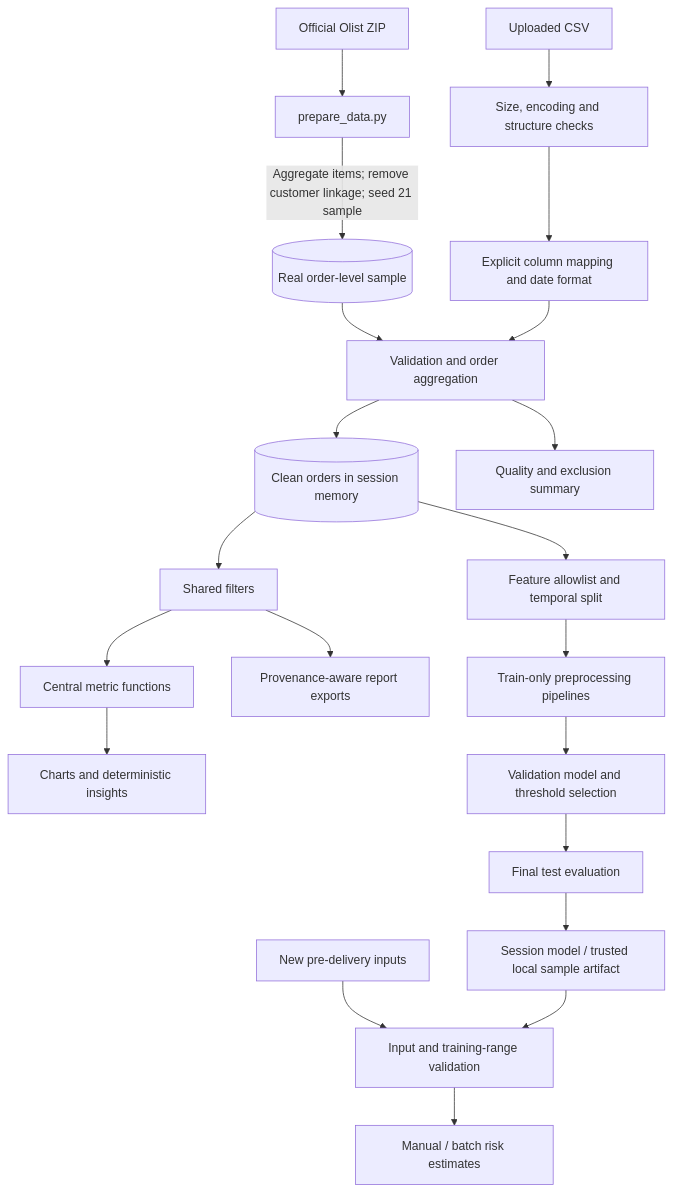
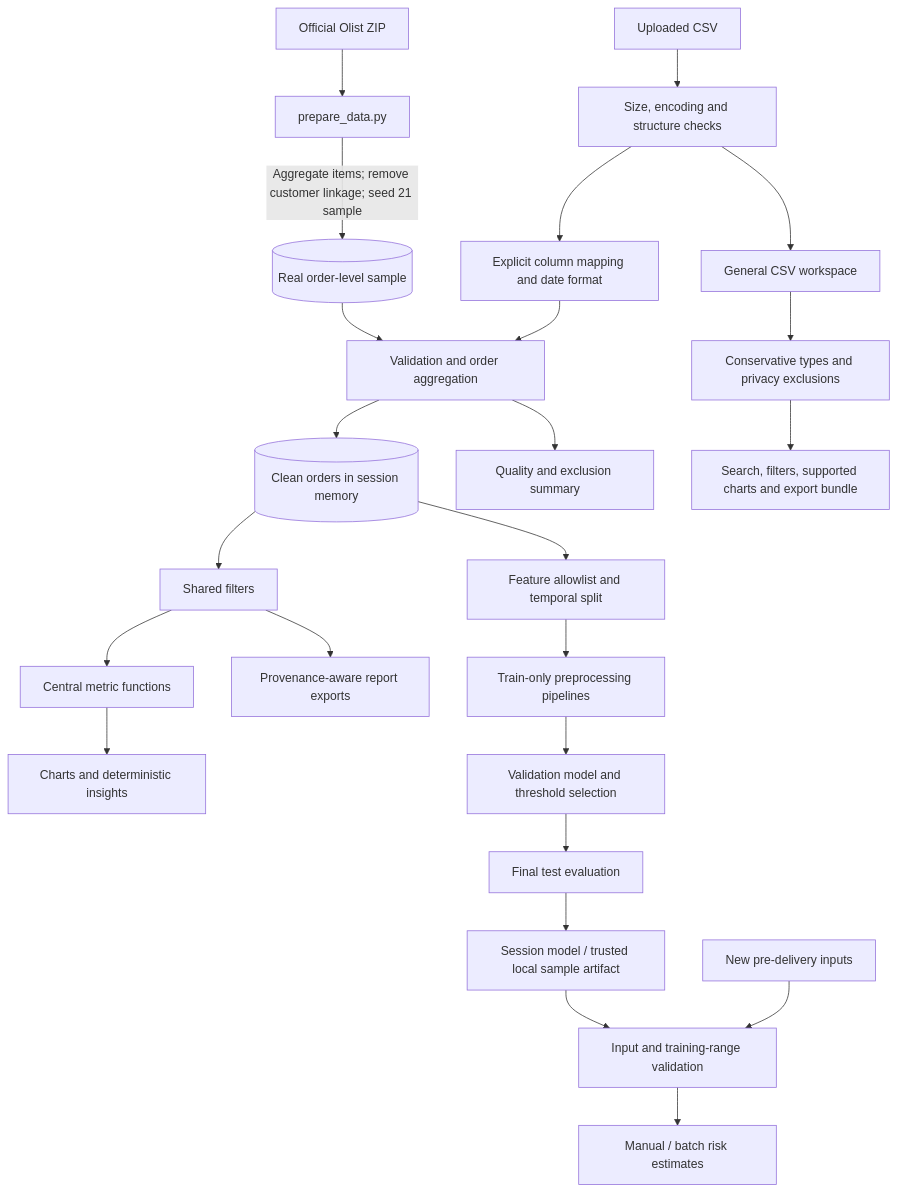
One commit to Alex-7605/DSC_LJIET_21 changed the second of 3 diagrams in docs/DATA_FLOW.md. Above: the diagram before and after it, drawn with Mermaid. The commit also changed other lines of this file and 31 other files, not shown here.

````diff
--- a/docs/DATA_FLOW.md
+++ b/docs/DATA_FLOW.md
@@ -17,23 +17,26 @@
 ```mermaid
 flowchart TD
     A[Official Olist ZIP] --> B[prepare_data.py]
     B -->|Aggregate items; remove customer linkage; seed 21 sample| C[(Real order-level sample)]
     D[Uploaded CSV] --> E[Size, encoding and structure checks]
     E --> F[Explicit column mapping and date format]
     C --> G[Validation and order aggregation]
     F --> G
+    E --> W[General CSV workspace]
+    W --> Y[Conservative types and privacy exclusions]
+    Y --> Z[Search, filters, supported charts and export bundle]
     G --> H[(Clean orders in session memory)]
     G --> Q[Quality and exclusion summary]
     H --> I[Shared filters]
     I --> J[Central metric functions]
     J --> K[Charts and deterministic insights]
     I --> L[Provenance-aware report exports]
     H --> M[Feature allowlist and temporal split]
     M --> N[Train-only preprocessing pipelines]
     N --> V[Validation model and threshold selection]
     V --> T[Final test evaluation]
     T --> P[Session model / trusted local sample artifact]
     U[New pre-delivery inputs] --> R[Input and training-range validation]
     P --> R
     R --> X[Manual / batch risk estimates]
 ```
````
